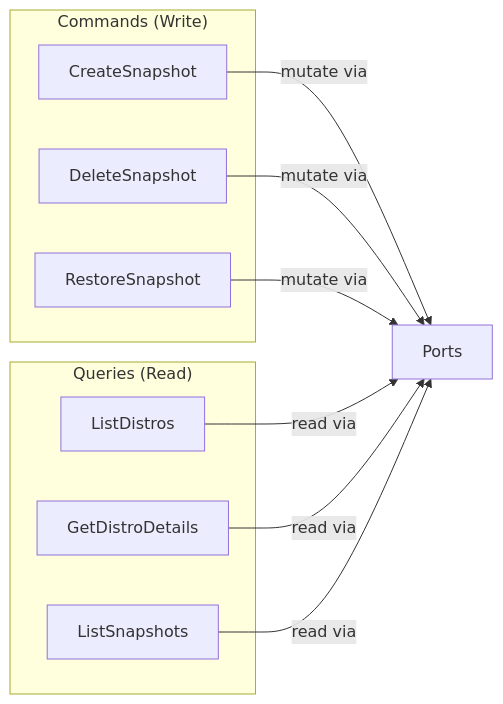
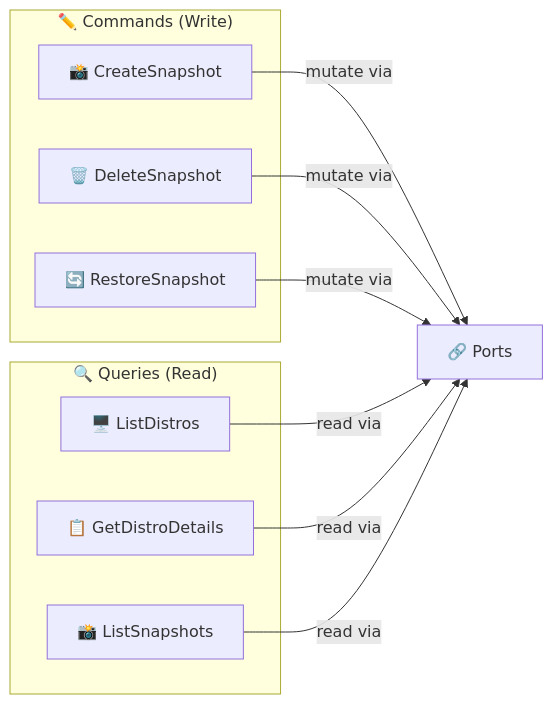
Before and after one commit to muchiny/wsl-dashboard: the first of 3 diagrams in src-tauri/src/application/README.md, drawn with Mermaid. The commit also changed other lines of this file and 14 other files, not shown here.

First line of the commit message:
chore: bump version to 1.0.1, enrich READMEs with emojis and mermaid diagrams

````diff
--- a/src-tauri/src/application/README.md
+++ b/src-tauri/src/application/README.md
@@ -14,17 +14,17 @@
 ```mermaid
 graph LR
-    subgraph "Commands (Write)"
-        CS["CreateSnapshot"]
-        DS["DeleteSnapshot"]
-        RS["RestoreSnapshot"]
+    subgraph "✏️ Commands (Write)"
+        CS["📸 CreateSnapshot"]
+        DS["🗑️ DeleteSnapshot"]
+        RS["🔄 RestoreSnapshot"]
     end
 
-    subgraph "Queries (Read)"
-        LD["ListDistros"]
-        GD["GetDistroDetails"]
-        LS["ListSnapshots"]
+    subgraph "🔍 Queries (Read)"
+        LD["🖥️ ListDistros"]
+        GD["📋 GetDistroDetails"]
+        LS["📸 ListSnapshots"]
     end
 
-    CS & DS & RS -->|"mutate via"| P1["Ports"]
+    CS & DS & RS -->|"mutate via"| P1["🔗 Ports"]
     LD & GD & LS -->|"read via"| P1
 ```
````
